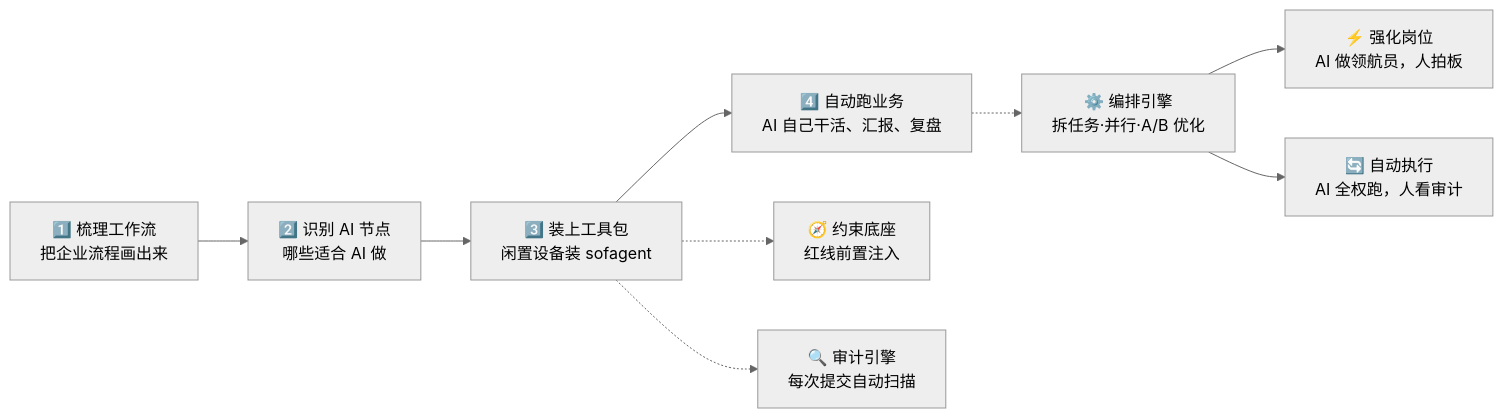
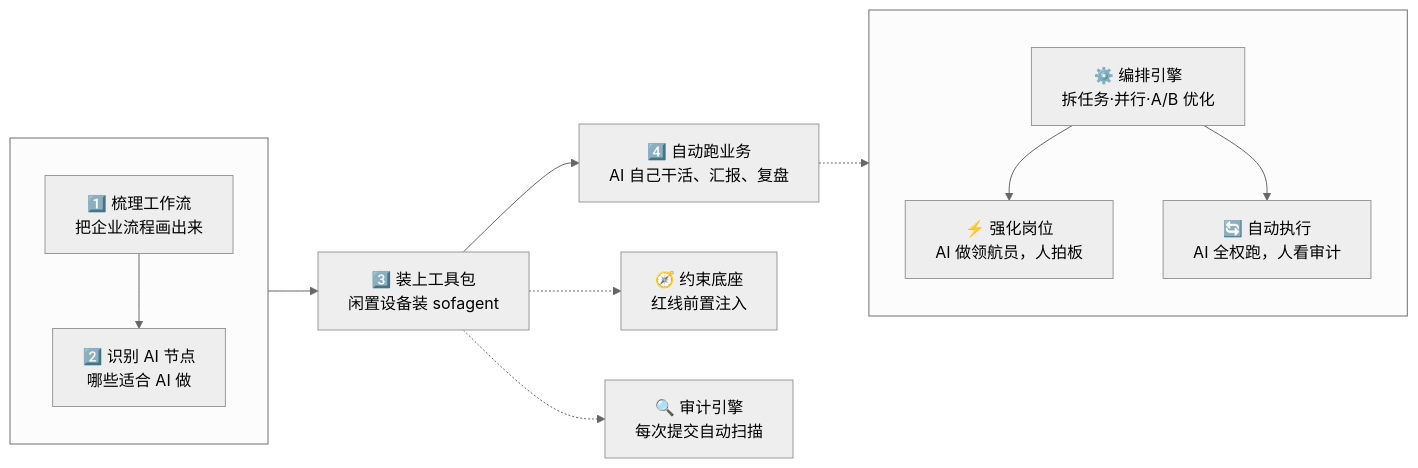
One commit to KongFangXun/sofagent changed the first of 4 diagrams in README.md. Above: the diagram before and after it, drawn with Mermaid (neutral theme). The commit also changed other lines of this file and 16 other files, not shown here.

````diff
--- a/README.md
+++ b/README.md
@@ -60,13 +60,26 @@
 ```mermaid
 graph LR
-    A["1️⃣ 梳理工作流<br/>把企业流程画出来"] --> B["2️⃣ 识别 AI 节点<br/>哪些适合 AI 做"]
+    subgraph identify[" "]
+        direction TB
+        A["1️⃣ 梳理工作流<br/>把企业流程画出来"]
+        B["2️⃣ 识别 AI 节点<br/>哪些适合 AI 做"]
+    end
+
+    A --> B
     B --> C["3️⃣ 装上工具包<br/>闲置设备装 sofagent"]
     C --> D["4️⃣ 自动跑业务<br/>AI 自己干活、汇报、复盘"]
 
     C -.-> E["🧭 约束底座<br/>红线前置注入"]
     C -.-> F["🔍 审计引擎<br/>每次提交自动扫描"]
-    D -.-> G["⚙️ 编排引擎<br/>拆任务·并行·A/B 优化"]
 
-    G --> H["⚡ 强化岗位<br/>AI 做领航员，人拍板"]
-    G --> I["🔄 自动执行<br/>AI 全权跑，人看审计"]
+    subgraph output[" "]
+        direction TB
+        G["⚙️ 编排引擎<br/>拆任务·并行·A/B 优化"]
+        H["⚡ 强化岗位<br/>AI 做领航员，人拍板"]
+        I["🔄 自动执行<br/>AI 全权跑，人看审计"]
+    end
+
+    D -.-> G
+    G --> H
+    G --> I
 ```
````
